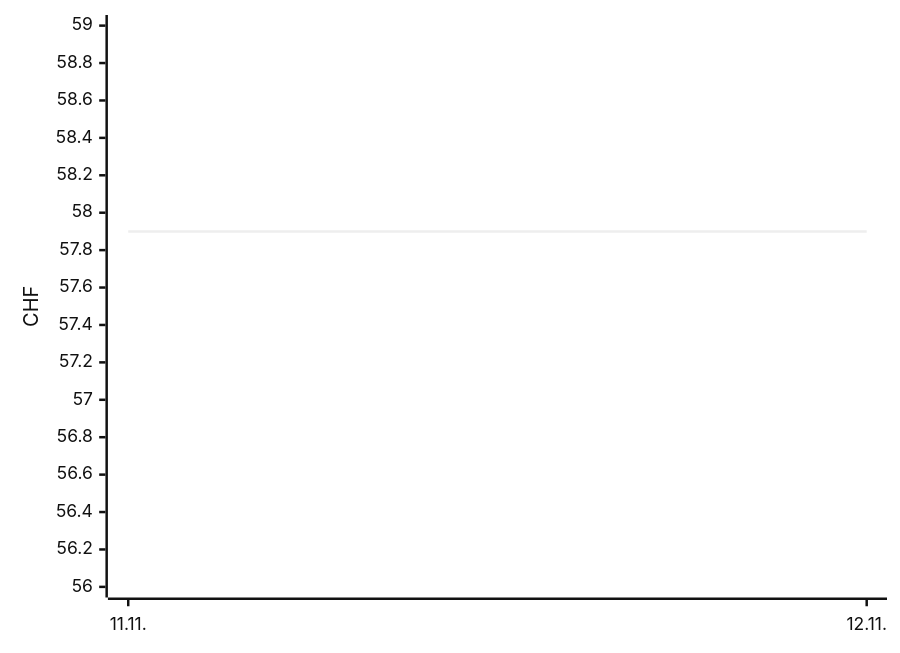
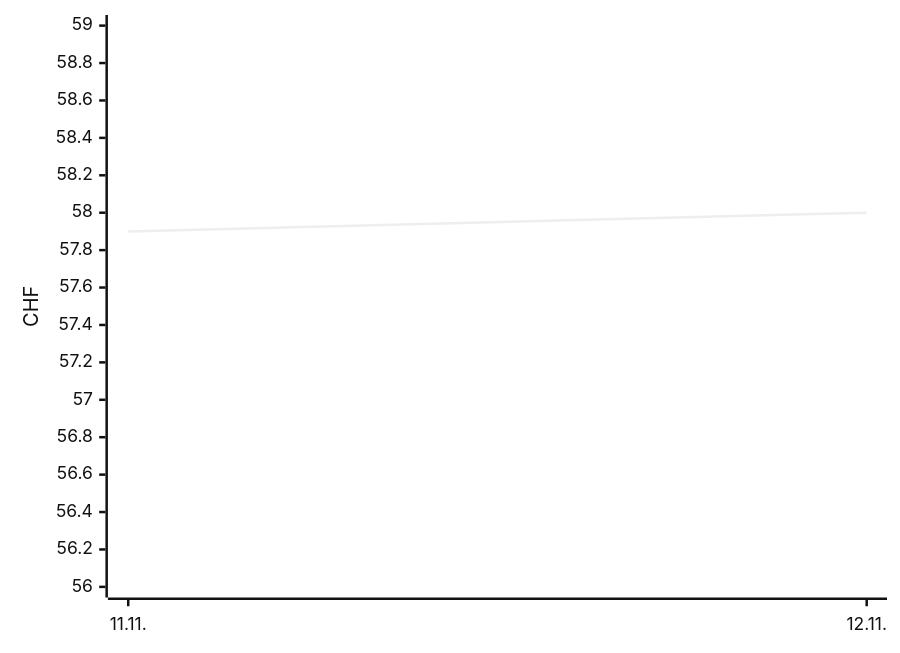
The second of 2 diagrams in README.md (Akira2828/my-Galaxus-MCP), drawn with Mermaid (neutral theme) before and after one commit. The commit also changed other lines of this file and 1 other file, not shown here.

````diff
--- a/README.md
+++ b/README.md
@@ -25,6 +25,6 @@
 ```mermaid
 xychart-beta
   x-axis ["11.11.", "12.11."]
   y-axis "CHF" 56 --> 59
-  line [57.9, 57.9]
+  line [57.9, 58]
 ```
````
